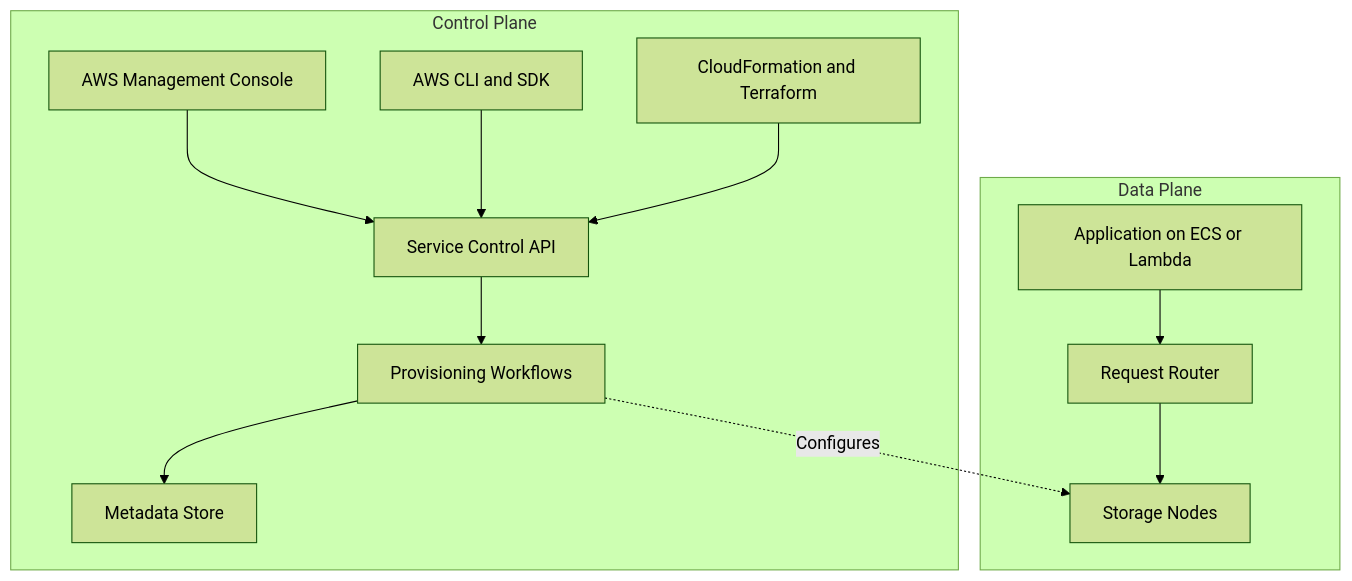
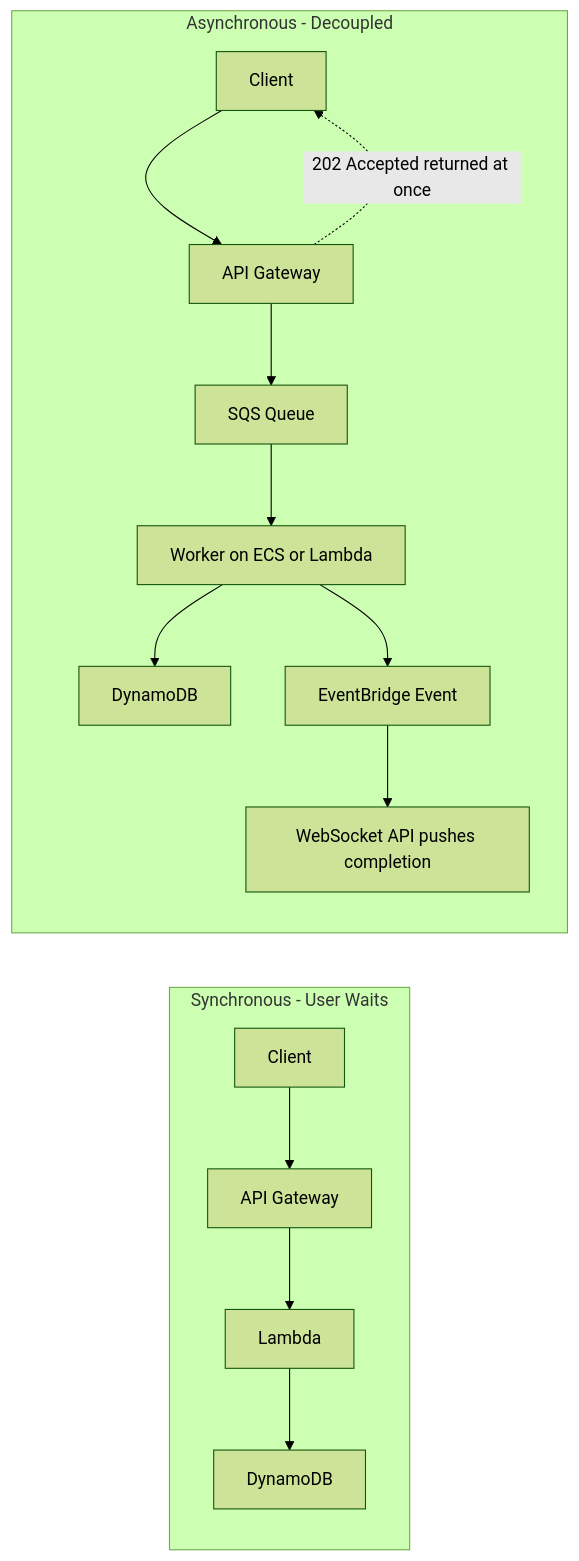
Before and after one commit to norbutlepcha25/dso303: the ninth of 13 diagrams in docs/unit1/topic6.md, drawn with Mermaid (forest theme). The commit also changed other lines of this file and 945 other files, not shown here.

````diff
--- a/docs/unit1/topic6.md
+++ b/docs/unit1/topic6.md
@@ -440,19 +678,12 @@
 ```mermaid
-graph TD
-    subgraph CP["Control Plane"]
-        C1["AWS Management Console"]
-        C2["AWS CLI and SDK"]
-        C3["CloudFormation and Terraform"]
-        C1 --> C4["Service Control API"]
-        C2 --> C4
-        C3 --> C4
-        C4 --> C5["Provisioning Workflows"]
-        C5 --> C6["Metadata Store"]
+flowchart LR
+    subgraph sync["Synchronous - User Waits"]
+        C1["Client"] --> A1["API Gateway"] --> L1["Lambda"] --> D1["DynamoDB"]
     end
-    subgraph DP["Data Plane"]
-        D1["Application on ECS or Lambda"]
-        D1 --> D2["Request Router"]
-        D2 --> D3["Storage Nodes"]
+    subgraph async["Asynchronous - Decoupled"]
+        C2["Client"] --> A2["API Gateway"] --> Q["SQS Queue"]
+        A2 -.->|"202 Accepted returned at once"| C2
+        Q --> W["Worker on ECS or Lambda"] --> D2["DynamoDB"]
+        W --> N["EventBridge Event"] --> WS["WebSocket API pushes completion"]
     end
-    C5 -.->|"Configures"| D3
 ```
````
